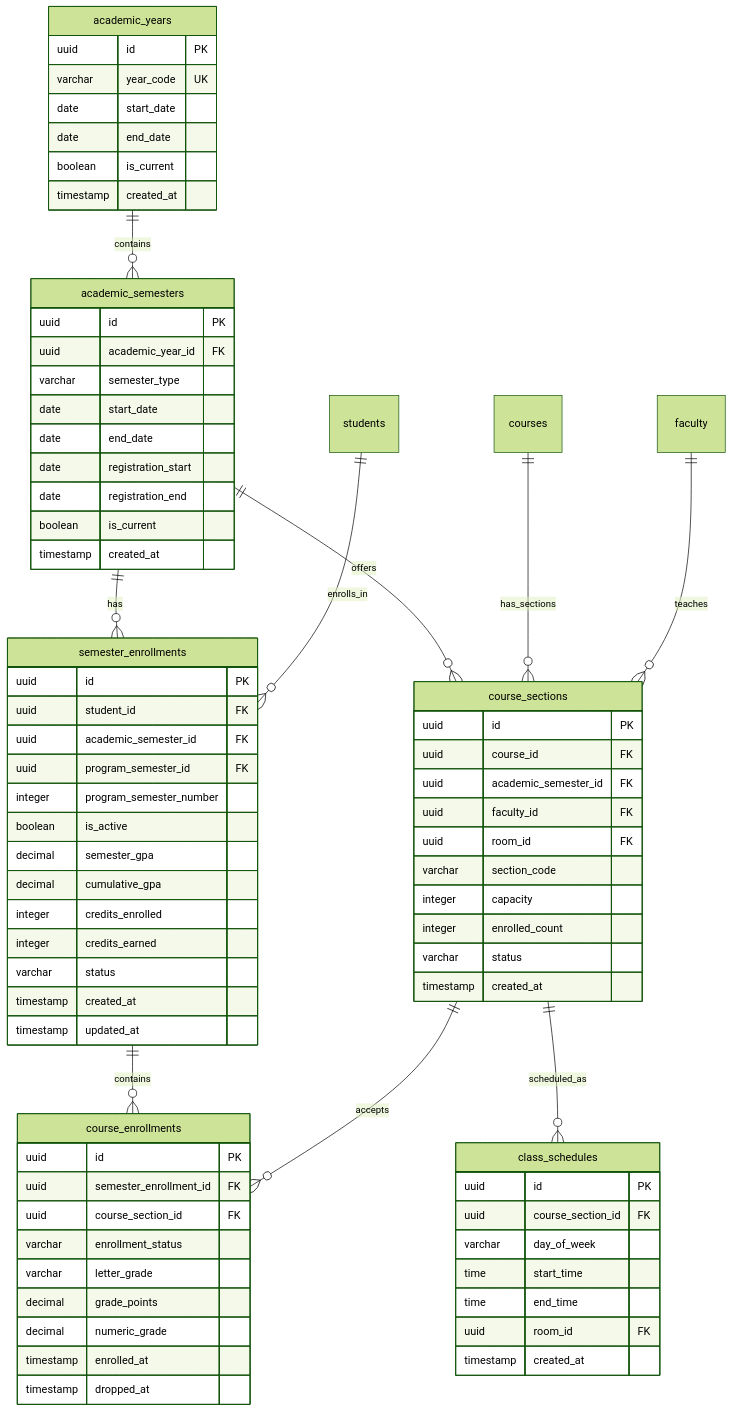
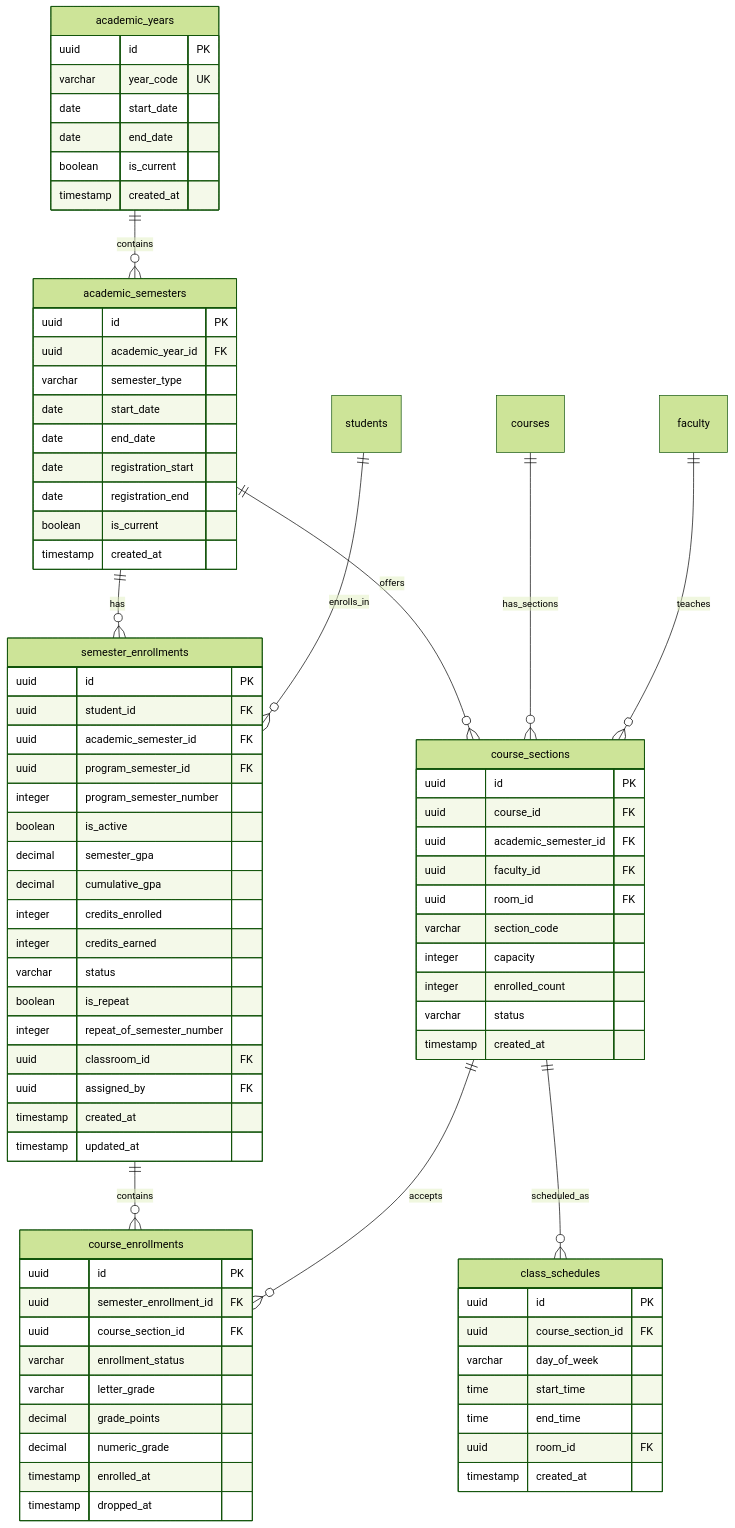
Before and after one commit to 0Ankit0/Project-Ideas: the fourth of 26 diagrams in EMIS/detailed-design/erd-database-schema.md, drawn with Mermaid (forest theme). The commit also changed other lines of this file and 19 other files, not shown here.

```diff
--- a/EMIS/detailed-design/erd-database-schema.md
+++ b/EMIS/detailed-design/erd-database-schema.md
@@ -239,6 +239,10 @@
         integer credits_enrolled
         integer credits_earned
         varchar status
+        boolean is_repeat
+        integer repeat_of_semester_number
+        uuid classroom_id FK
+        uuid assigned_by FK
         timestamp created_at
         timestamp updated_at
     }
```
